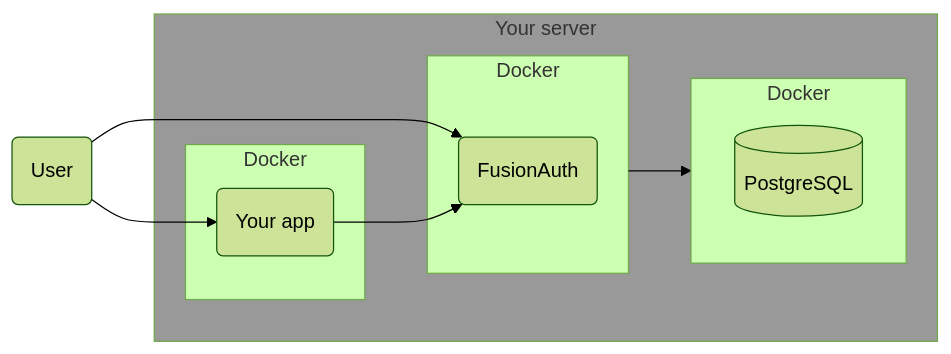
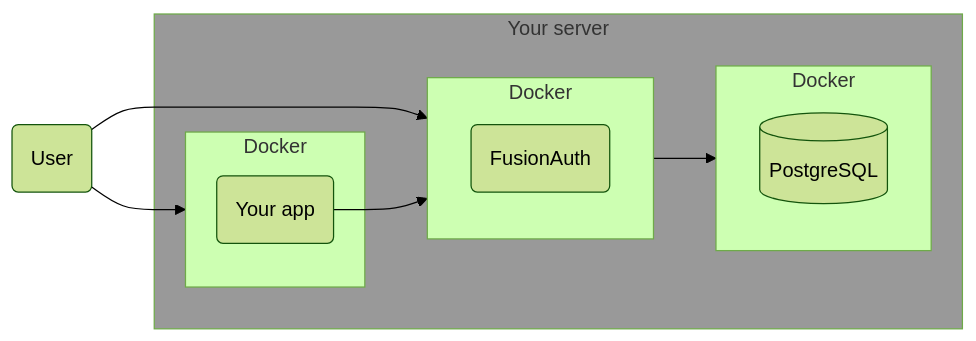
The first of 3 diagrams in astro/src/content/docs/operate/secure-and-monitor/prometheus2.mdx (FusionAuth/fusionauth-site), drawn with Mermaid (forest theme) before and after one commit. The commit also changed other lines of this file, not shown here.

````diff
--- a/astro/src/content/docs/operate/secure-and-monitor/prometheus2.mdx
+++ b/astro/src/content/docs/operate/secure-and-monitor/prometheus2.mdx
@@ -26,20 +28,20 @@
 ```mermaid
 graph LR
   D(User)
   subgraph I[Your server]
     subgraph G[Docker]
       H[(PostgreSQL)]
     end
     subgraph C[Docker]
       A(FusionAuth)
     end
     subgraph J[Docker]
       F(Your app)
     end
   end
-  D --> F
-  D --> A
+  D --> J
+  D --> C
   C --> G
-  F --> A
+  F --> C
   style I fill:#999
 ```
````
